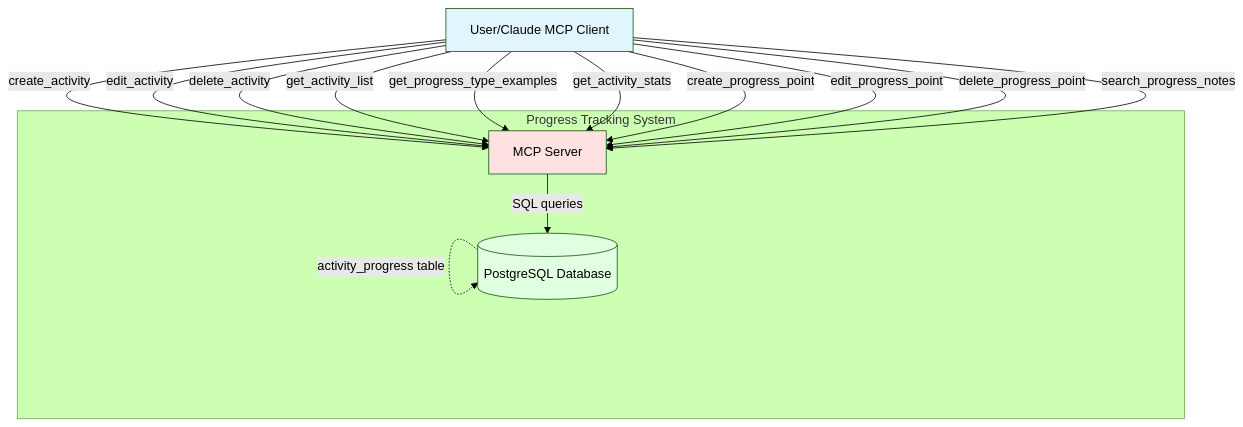
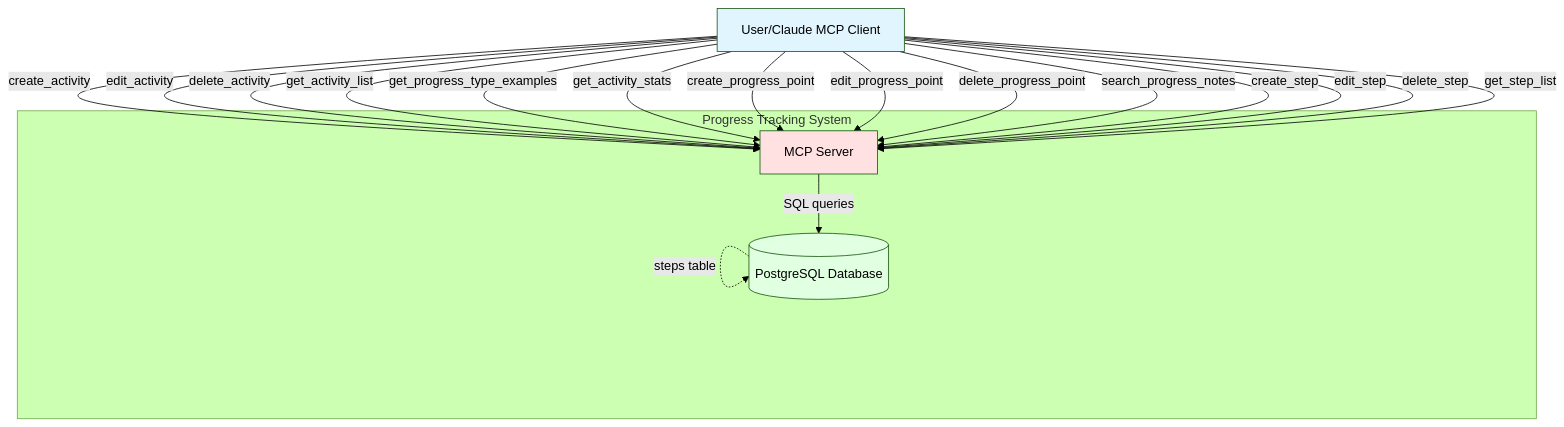
One commit to rusinikita/personal changed the second of 4 diagrams in docs/functions/progress-spec.md. Above: the diagram before and after it, drawn with Mermaid (forest theme). The commit also changed other lines of this file and 15 other files, not shown here.

````diff
--- a/docs/functions/progress-spec.md
+++ b/docs/functions/progress-spec.md
@@ -82,30 +107,35 @@
 ```mermaid
 graph TB
     User[User/Claude MCP Client]
 
     subgraph "Progress Tracking System"
         MCP[MCP Server]
         DB[(PostgreSQL Database)]
 
         MCP -->|SQL queries| DB
     end
 
     User -->|create_activity| MCP
     User -->|edit_activity| MCP
     User -->|delete_activity| MCP
     User -->|get_activity_list| MCP
     User -->|get_progress_type_examples| MCP
     User -->|get_activity_stats| MCP
     User -->|create_progress_point| MCP
     User -->|edit_progress_point| MCP
     User -->|delete_progress_point| MCP
     User -->|search_progress_notes| MCP
+    User -->|create_step| MCP
+    User -->|edit_step| MCP
+    User -->|delete_step| MCP
+    User -->|get_step_list| MCP
 
     DB -.->|life_parts table| DB
     DB -.->|activities table| DB
     DB -.->|activity_progress table| DB
+    DB -.->|steps table| DB
 
     style User fill:#e1f5ff
     style MCP fill:#ffe1e1
     style DB fill:#e1ffe1
 ```
````
